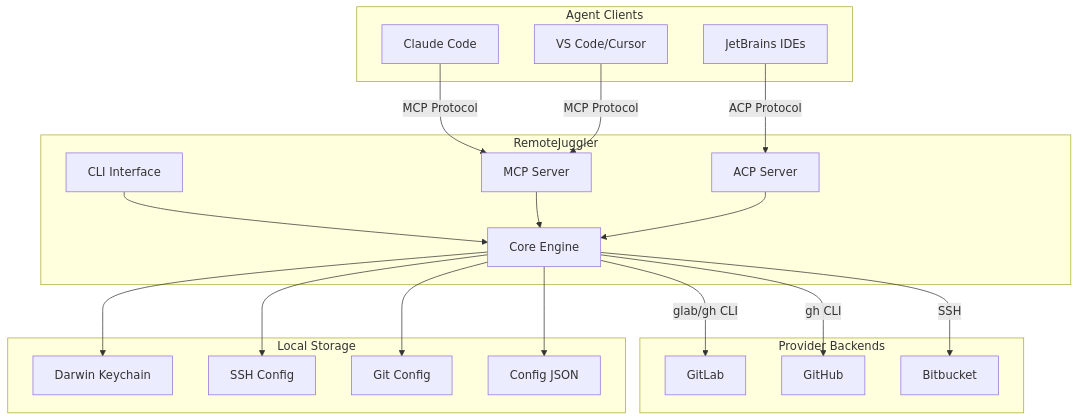
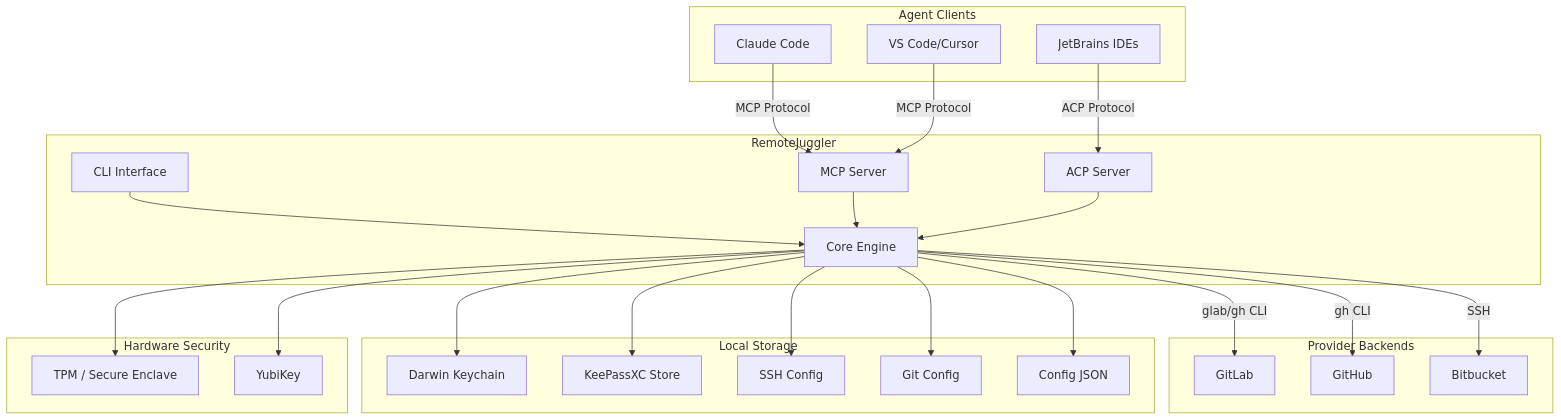
One commit to tinyland-inc/remote-juggler changed the diagram in docs/index.md. Above: the diagram before and after it, drawn with Mermaid. The commit also changed other lines of this file and 25 other files, not shown here.

````diff
--- a/docs/index.md
+++ b/docs/index.md
@@ -23,45 +23,54 @@
 ```mermaid
 flowchart TB
     subgraph Clients["Agent Clients"]
         CC[Claude Code]
         JB[JetBrains IDEs]
         VS[VS Code/Cursor]
     end
 
     subgraph RemoteJuggler["RemoteJuggler"]
         CLI[CLI Interface]
         MCP[MCP Server]
         ACP[ACP Server]
         Core[Core Engine]
     end
 
     subgraph Backends["Provider Backends"]
         GL[GitLab]
         GH[GitHub]
         BB[Bitbucket]
     end
 
     subgraph Storage["Local Storage"]
         KC[Darwin Keychain]
+        KDBX[KeePassXC Store]
         SSH[SSH Config]
         GIT[Git Config]
         CFG[Config JSON]
+    end
+
+    subgraph Hardware["Hardware Security"]
+        TPM[TPM / Secure Enclave]
+        YK[YubiKey]
     end
 
     CC -->|MCP Protocol| MCP
     JB -->|ACP Protocol| ACP
     VS -->|MCP Protocol| MCP
 
     CLI --> Core
     MCP --> Core
     ACP --> Core
 
     Core --> KC
+    Core --> KDBX
     Core --> SSH
     Core --> GIT
     Core --> CFG
+    Core --> TPM
+    Core --> YK
 
     Core -->|glab/gh CLI| GL
     Core -->|gh CLI| GH
     Core -->|SSH| BB
 ```
````
